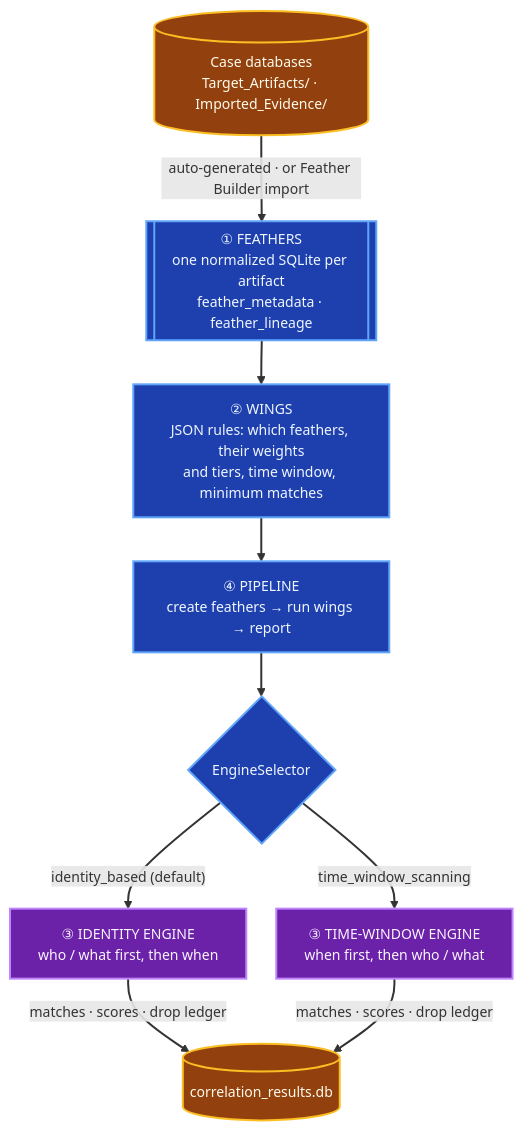
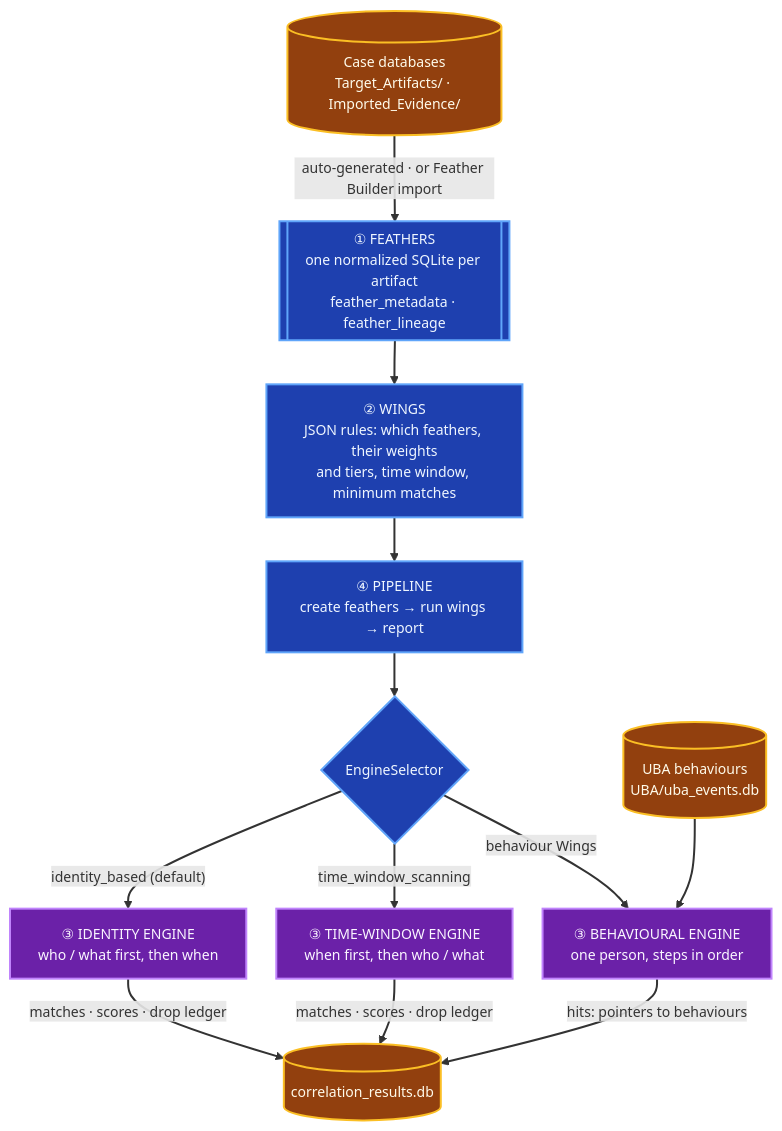
One commit to Ghassan-elsman/Crow-Eye changed the fifth of 5 diagrams in README.md. Above: the diagram before and after it, drawn with Mermaid. The commit also changed other lines of this file and 484 other files, not shown here.

````diff
--- a/README.md
+++ b/README.md
@@ -695,28 +710,33 @@
 ```mermaid
 %%{init: {"flowchart": {"nodeSpacing": 30, "rankSpacing": 44, "curve": "basis", "padding": 14}, "themeVariables": {"fontSize": "14px"}} }%%
 flowchart TB
     SRC[("Case databases<br/>Target_Artifacts/ · Imported_Evidence/")]
     F[["① FEATHERS<br/>one normalized SQLite per artifact<br/>feather_metadata · feather_lineage"]]
     W["② WINGS<br/>JSON rules: which feathers, their weights<br/>and tiers, time window, minimum matches"]
     SEL{"EngineSelector"}
     ID["③ IDENTITY ENGINE<br/>who / what first, then when"]
     TW["③ TIME-WINDOW ENGINE<br/>when first, then who / what"]
+    BH["③ BEHAVIOURAL ENGINE<br/>one person, steps in order"]
+    UBAE[("UBA behaviours<br/>UBA/uba_events.db")]
     P["④ PIPELINE<br/>create feathers → run wings → report"]
     RES[("correlation_results.db")]
 
     SRC -- "auto-generated · or Feather Builder import" --> F
     F --> W
     W --> P
     P --> SEL
     SEL -- "identity_based (default)" --> ID
     SEL -- "time_window_scanning" --> TW
+    SEL -- "behaviour Wings" --> BH
+    UBAE --> BH
     ID & TW -- "matches · scores · drop ledger" --> RES
+    BH -- "hits: pointers to behaviours" --> RES
 
     classDef store fill:#92400e,stroke:#fbbf24,stroke-width:2px,color:#fffbeb
     classDef comp  fill:#1e40af,stroke:#60a5fa,stroke-width:2px,color:#eff6ff
     classDef eng   fill:#6b21a8,stroke:#c084fc,stroke-width:2px,color:#faf5ff
-    class SRC,RES store
+    class SRC,RES,UBAE store
     class F,W,P,SEL comp
-    class ID,TW eng
+    class ID,TW,BH eng
     linkStyle default stroke-width:2px
 ```
````
